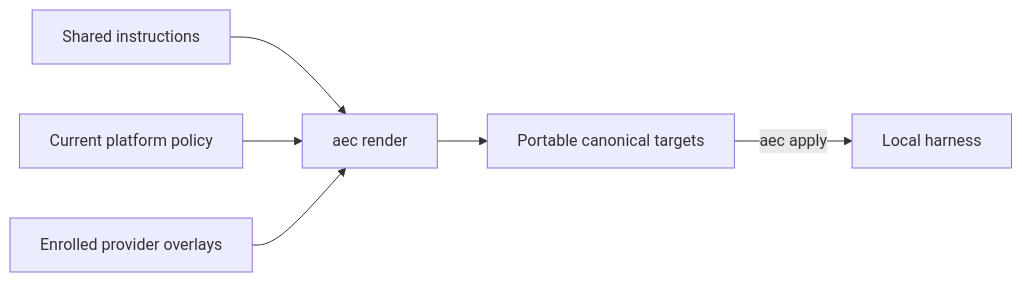
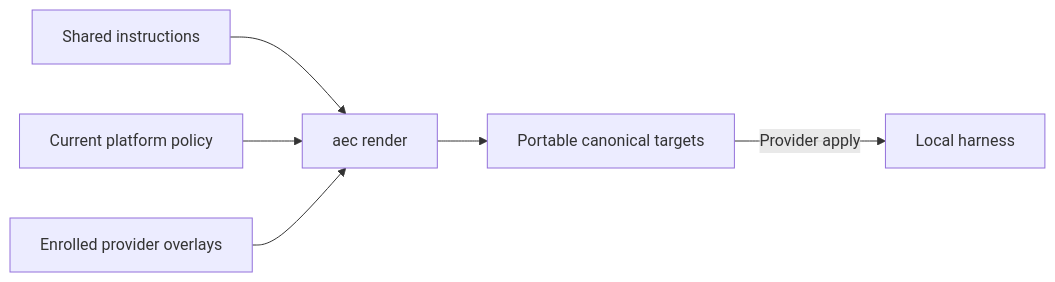
One commit to ferrywlto/ai-env-as-code changed the second of 4 diagrams in README.md. Above: the diagram before and after it, drawn with Mermaid. The commit also changed other lines of this file and 35 other files, not shown here.

````diff
--- a/README.md
+++ b/README.md
@@ -29,8 +32,8 @@
 ```mermaid
 flowchart LR
     Shared[Shared instructions] --> Render["aec render"]
     Platform[Current platform policy] --> Render
     Provider[Enrolled provider overlays] --> Render
     Render --> Targets[Portable canonical targets]
-    Targets -->|aec apply| Runtime[Local harness]
+    Targets -->|Provider apply| Runtime[Local harness]
 ```
````
